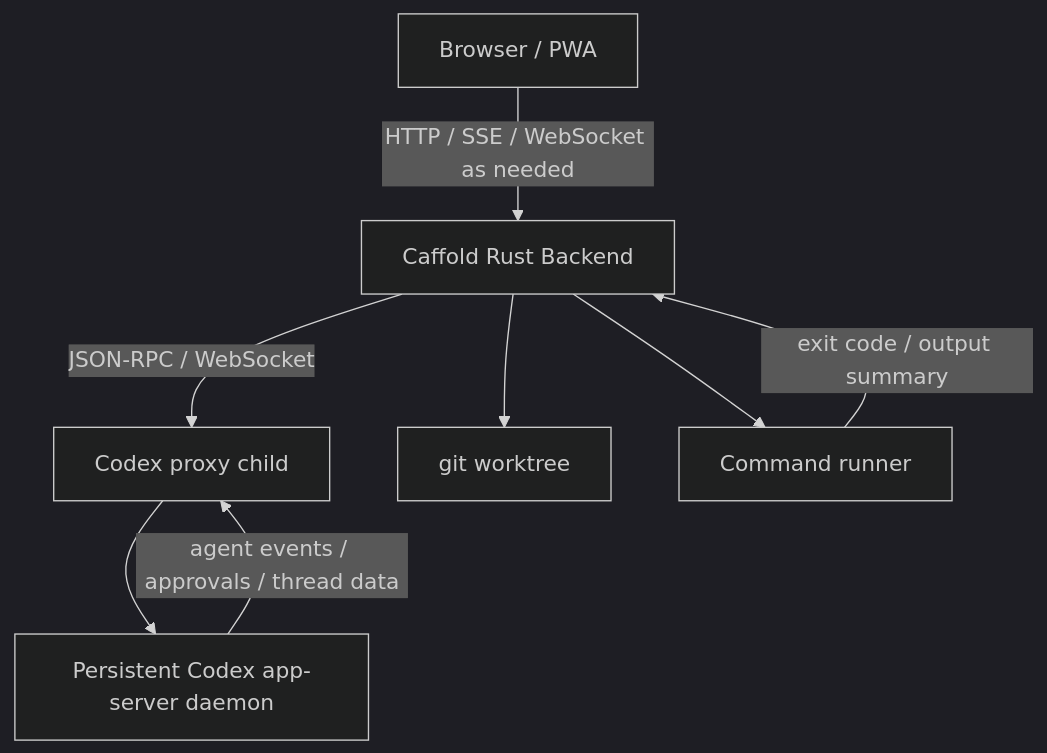
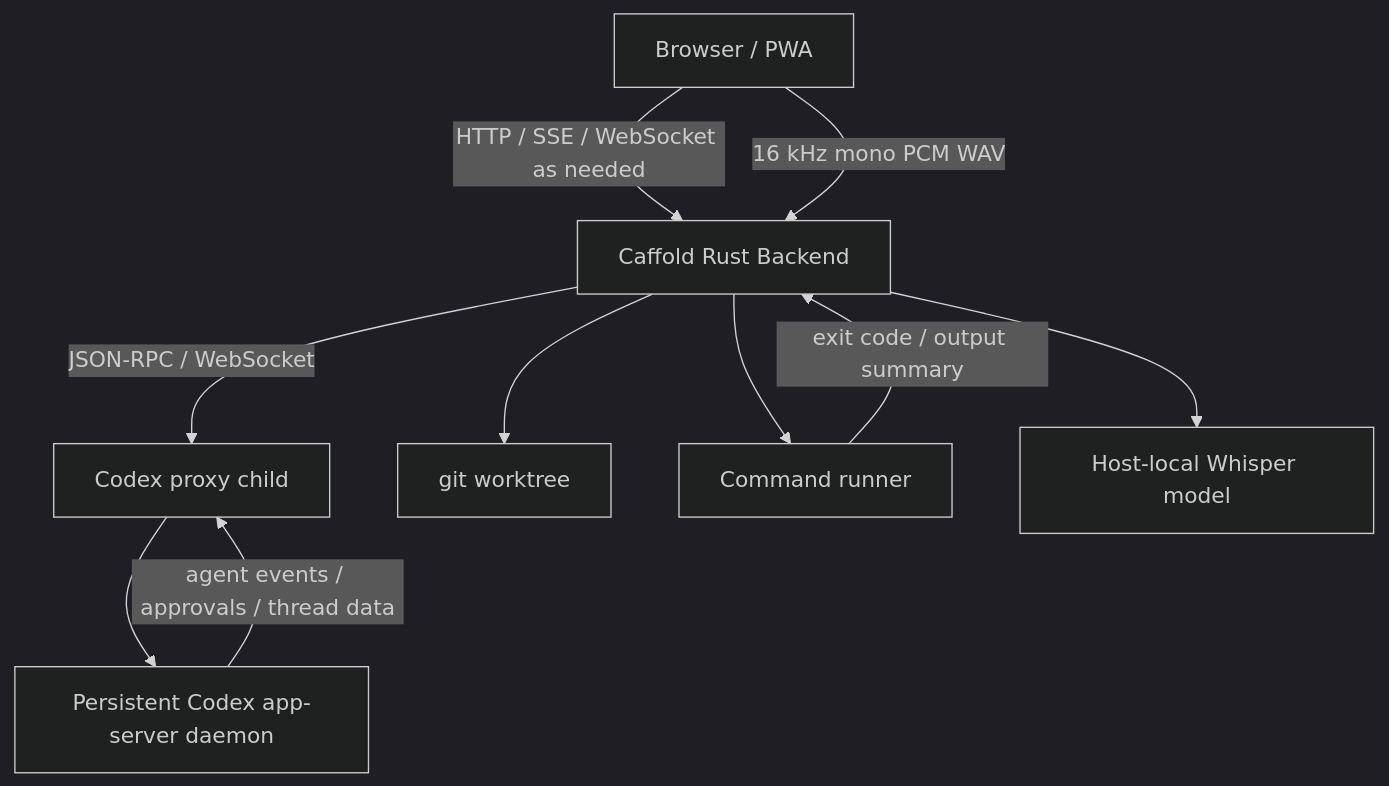
The diagram in docs/public/architecture.md (panarch/caffold), drawn with Mermaid (dark theme) before and after one commit. The commit also changed other lines of this file and 30 other files, not shown here.

Commit message:
Add local Whisper voice input

````diff
--- a/docs/public/architecture.md
+++ b/docs/public/architecture.md
@@ -9,17 +9,20 @@
 ```mermaid
 flowchart TD
     PWA["Browser / PWA"]
     Backend["Caffold Rust Backend"]
     Proxy["Codex proxy child"]
     AppServer["Persistent Codex app-server daemon"]
     Git["git worktree"]
     Commands["Command runner"]
+    Whisper["Host-local Whisper model"]
 
     PWA -->|"HTTP / SSE / WebSocket as needed"| Backend
+    PWA -->|"16 kHz mono PCM WAV"| Backend
     Backend -->|"JSON-RPC / WebSocket"| Proxy
     Proxy --> AppServer
     Backend --> Git
     Backend --> Commands
+    Backend --> Whisper
     AppServer -->|"agent events / approvals / thread data"| Proxy
     Commands -->|"exit code / output summary"| Backend
 ```
````
